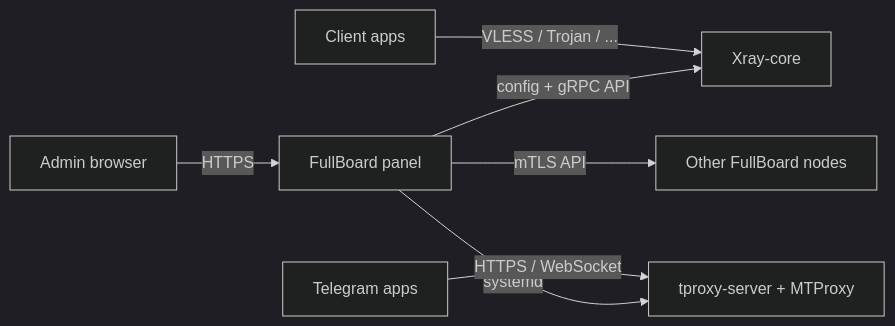
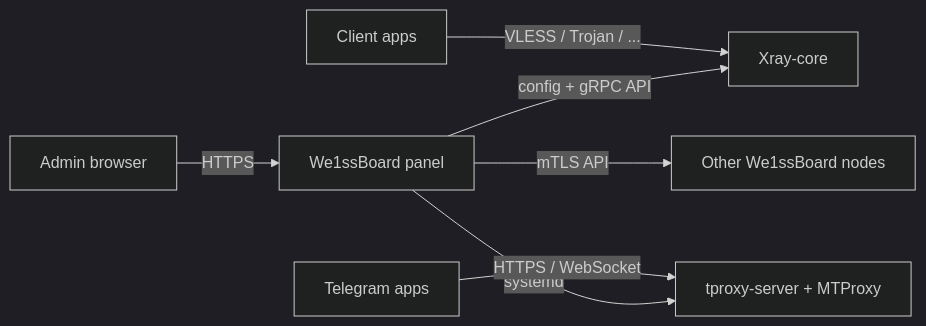
Before and after one commit to WeIbSchatten/FullBoard: the diagram in README.md, drawn with Mermaid (dark theme). The commit also changed other lines of this file and 872 other files, not shown here.

````diff
--- a/README.md
+++ b/README.md
@@ -139,9 +139,9 @@
 ```mermaid
 flowchart LR
-  Admin["Admin browser"] -->|HTTPS| Panel["FullBoard panel"]
+  Admin["Admin browser"] -->|HTTPS| Panel["We1ssBoard panel"]
   Panel -->|config + gRPC API| Xray["Xray-core"]
   Panel -->|systemd| Relay["tproxy-server + MTProxy"]
-  Panel -->|mTLS API| Nodes["Other FullBoard nodes"]
+  Panel -->|mTLS API| Nodes["Other We1ssBoard nodes"]
   Users["Client apps"] -->|VLESS / Trojan / ...| Xray
   TG["Telegram apps"] -->|HTTPS / WebSocket| Relay
 ```
````
